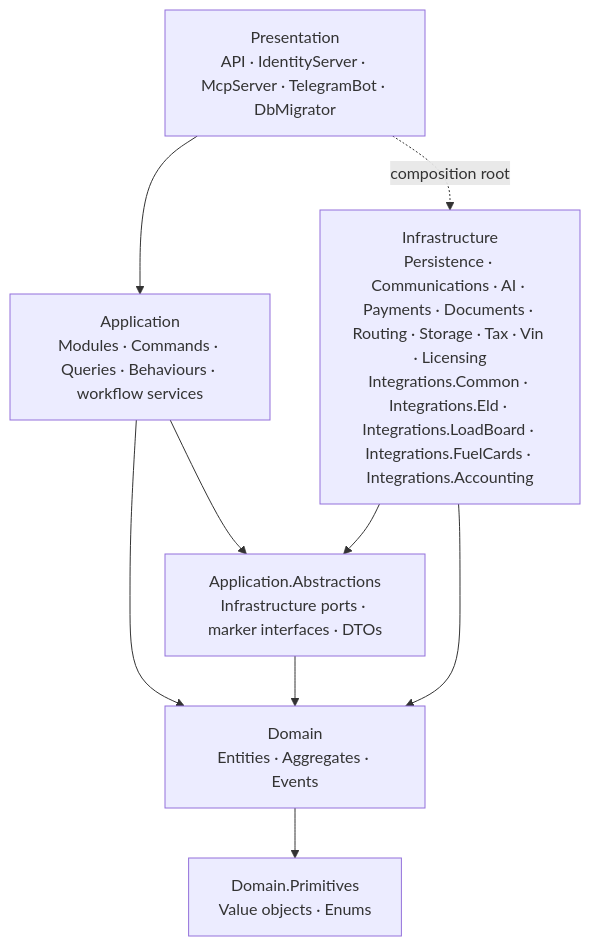
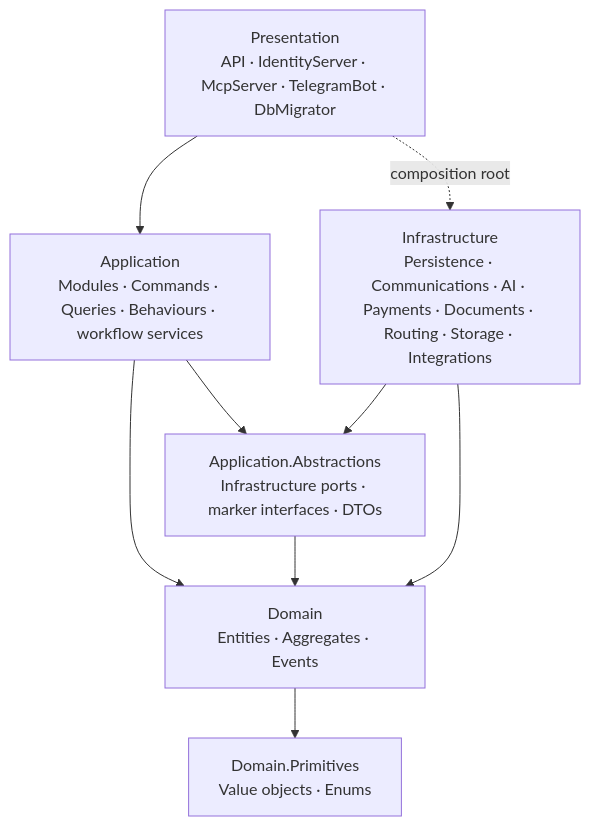
Before and after one commit to suxrobGM/logistics-app: the second of 3 diagrams in docs/architecture/overview.md, drawn with Mermaid. The commit also changed other lines of this file and 13 other files, not shown here.

Commit message:
docs: update architecture docs, rules, skills and the feature map for the consolidated projects

````diff
--- a/docs/architecture/overview.md
+++ b/docs/architecture/overview.md
@@ -83,18 +78,18 @@
 ```mermaid
 flowchart TB
     P["Presentation<br/>API · IdentityServer · McpServer · TelegramBot · DbMigrator"]
     A["Application<br/>Modules · Commands · Queries · Behaviours · workflow services"]
     Ab["Application.Abstractions<br/>Infrastructure ports · marker interfaces · DTOs"]
     D["Domain<br/>Entities · Aggregates · Events"]
     Pr["Domain.Primitives<br/>Value objects · Enums"]
-    I["Infrastructure<br/>Persistence · Communications · AI · Payments · Documents · Routing · Storage · Tax · Vin · Licensing<br/>Integrations.Common · Integrations.Eld · Integrations.LoadBoard · Integrations.FuelCards · Integrations.Accounting"]
+    I["Infrastructure<br/>Persistence · Communications · AI · Payments · Documents · Routing · Storage · Integrations"]
 
     P --> A
     P -.composition root.-> I
     A --> Ab
     A --> D
     Ab --> D
     D --> Pr
     I --> Ab
     I --> D
 ```
````
